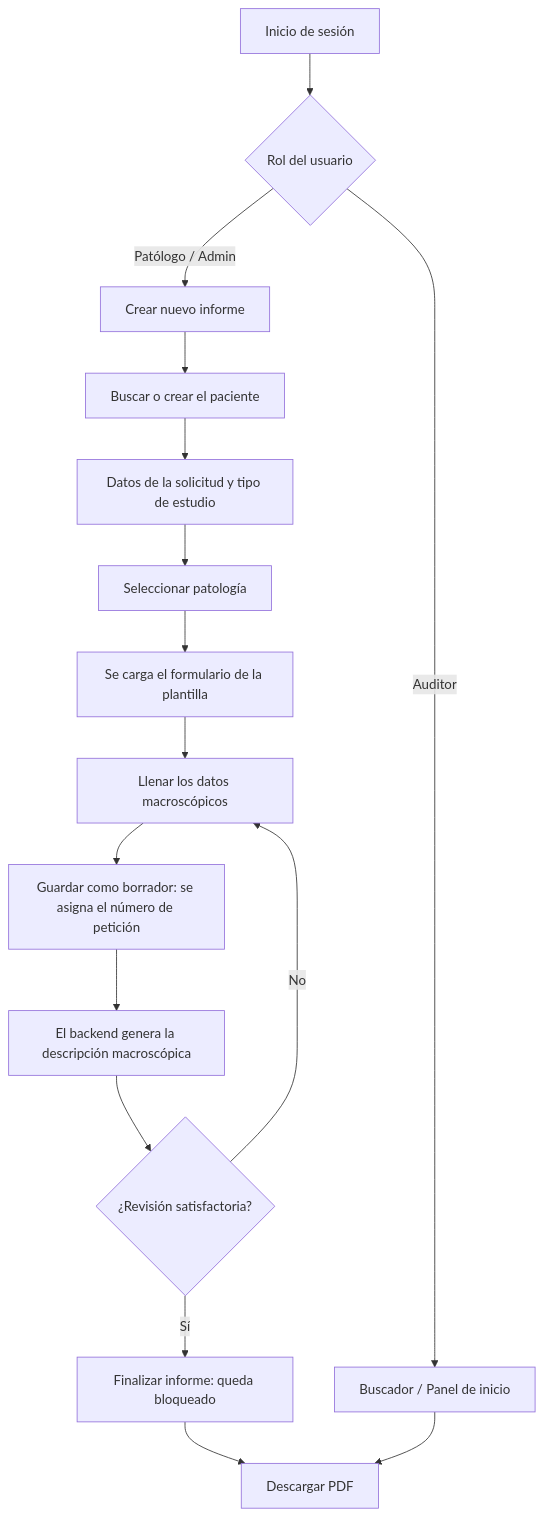
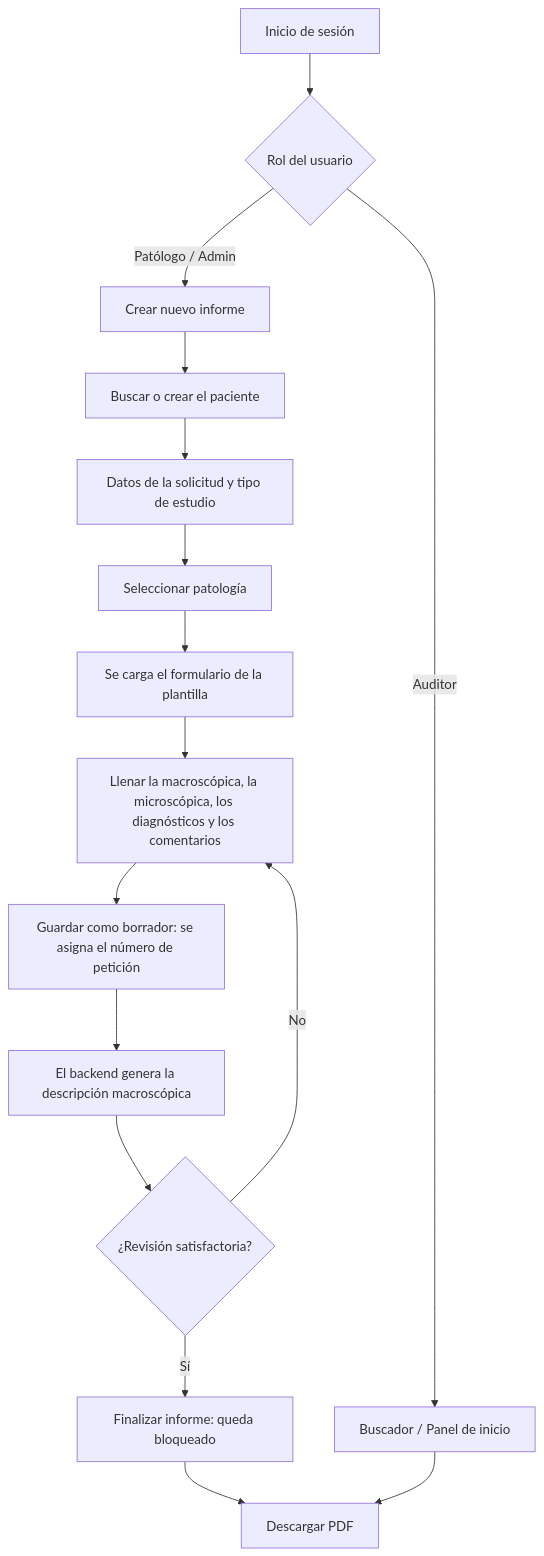
Before and after one commit to juansalamanca01-glitch/patologia-app: the diagram in README.md, drawn with Mermaid. The commit also changed other lines of this file and 17 other files, not shown here.

````diff
--- a/README.md
+++ b/README.md
@@ -467,18 +474,18 @@
 ```mermaid
 graph TD
     A[Inicio de sesión] --> B{Rol del usuario}
     B -->|Patólogo / Admin| C[Crear nuevo informe]
     B -->|Auditor| D[Buscador / Panel de inicio]
     C --> P[Buscar o crear el paciente]
     P --> S[Datos de la solicitud y tipo de estudio]
     S --> E[Seleccionar patología]
     E --> F[Se carga el formulario de la plantilla]
-    F --> G[Llenar los datos macroscópicos]
+    F --> G[Llenar la macroscópica, la microscópica, los diagnósticos y los comentarios]
     G --> H[Guardar como borrador: se asigna el número de petición]
     H --> I[El backend genera la descripción macroscópica]
     I --> J{¿Revisión satisfactoria?}
     J -->|No| G
     J -->|Sí| K[Finalizar informe: queda bloqueado]
     K --> L[Descargar PDF]
     D --> L
 ```
````
